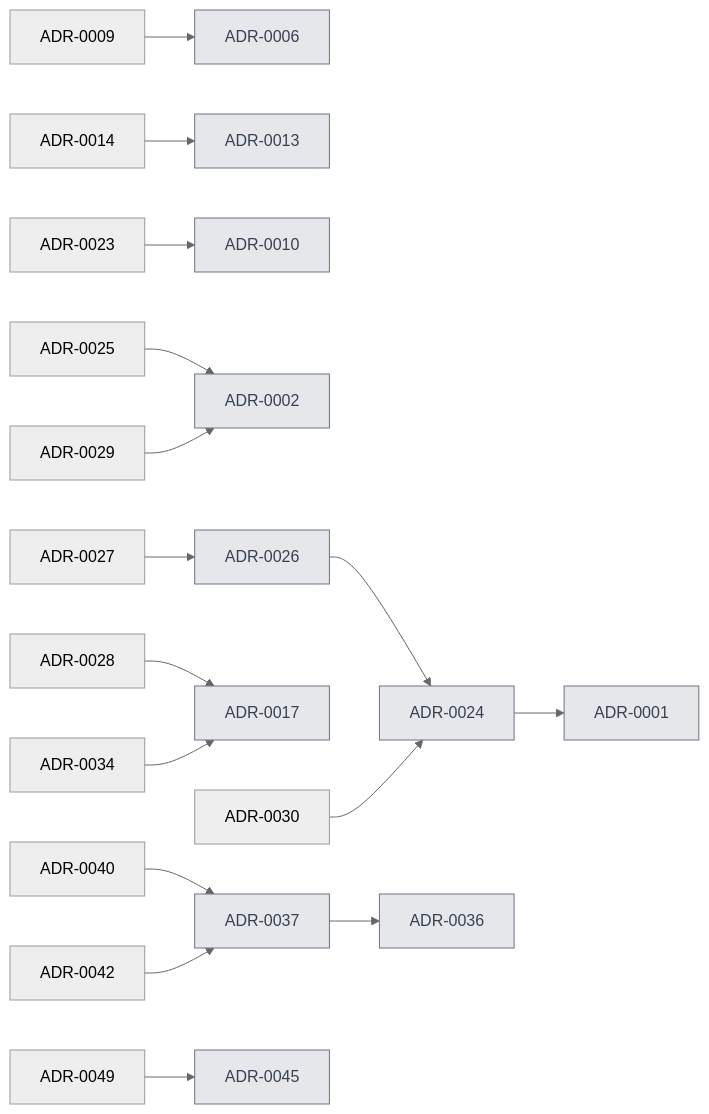
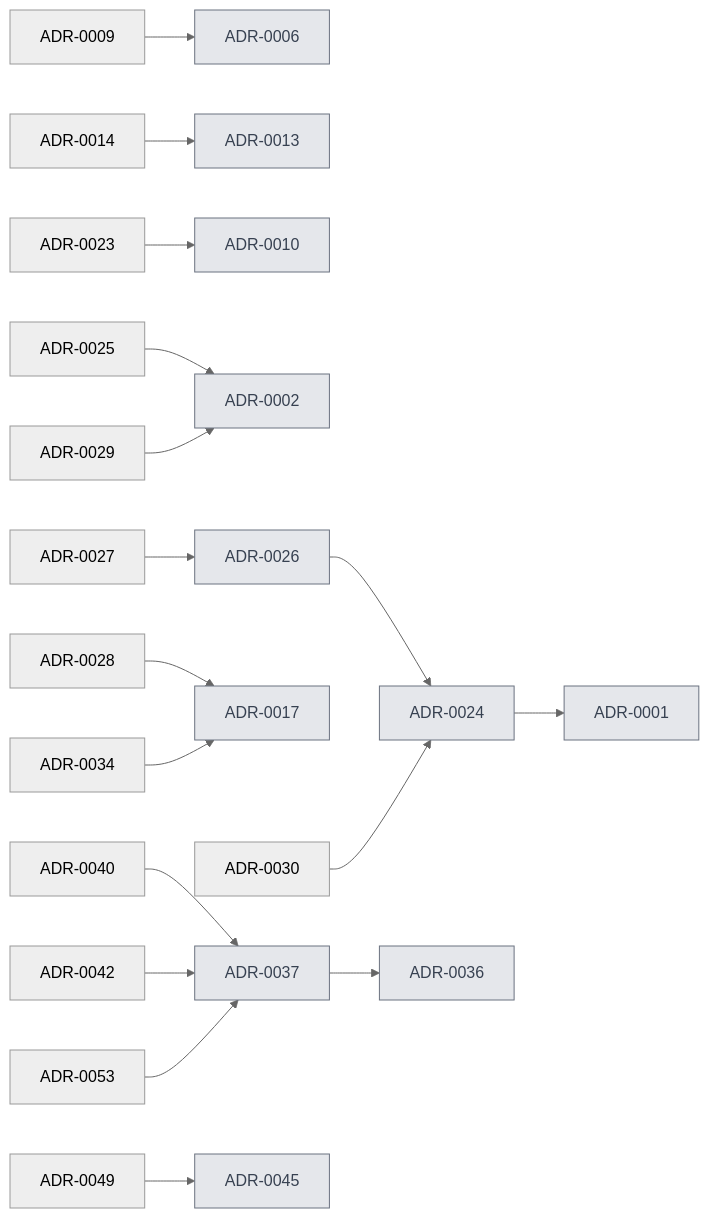
One commit to VM-s-Solutions/cleansia changed the diagram in docs/decisions/index.md. Above: the diagram before and after it, drawn with Mermaid (neutral theme). The commit also changed other lines of this file and 8 other files, not shown here.

````diff
--- a/docs/decisions/index.md
+++ b/docs/decisions/index.md
@@ -18,20 +18,21 @@
 ```mermaid
 flowchart LR
   A0009[ADR-0009] --> A0006[ADR-0006]
   A0014[ADR-0014] --> A0013[ADR-0013]
   A0023[ADR-0023] --> A0010[ADR-0010]
   A0024[ADR-0024] --> A0001[ADR-0001]
   A0025[ADR-0025] --> A0002[ADR-0002]
   A0026[ADR-0026] --> A0024[ADR-0024]
   A0027[ADR-0027] --> A0026[ADR-0026]
   A0028[ADR-0028] --> A0017[ADR-0017]
   A0029[ADR-0029] --> A0002[ADR-0002]
   A0030[ADR-0030] --> A0024[ADR-0024]
   A0034[ADR-0034] --> A0017[ADR-0017]
   A0037[ADR-0037] --> A0036[ADR-0036]
   A0040[ADR-0040] --> A0037[ADR-0037]
   A0042[ADR-0042] --> A0037[ADR-0037]
   A0049[ADR-0049] --> A0045[ADR-0045]
+  A0053[ADR-0053] --> A0037[ADR-0037]
   classDef old fill:#e5e7eb,stroke:#6b7280,color:#374151
   class A0001,A0002,A0006,A0010,A0013,A0017,A0024,A0026,A0036,A0037,A0045 old
 ```
````
